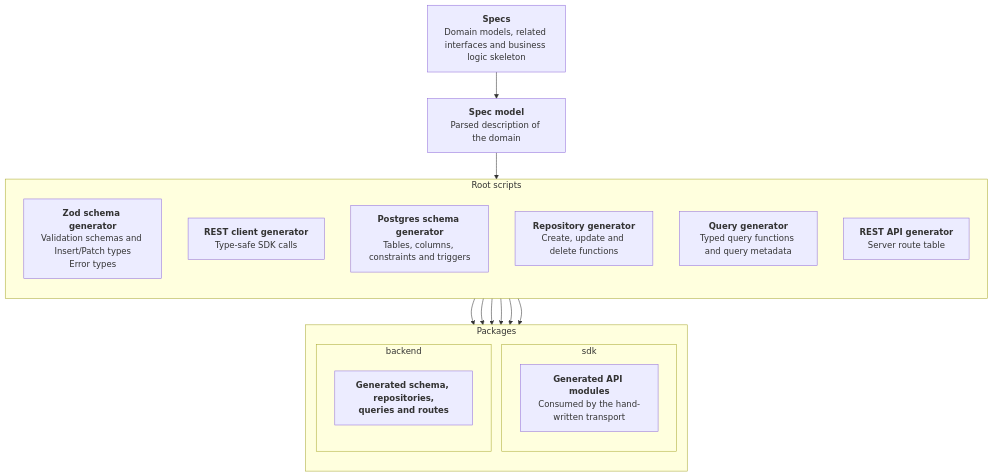
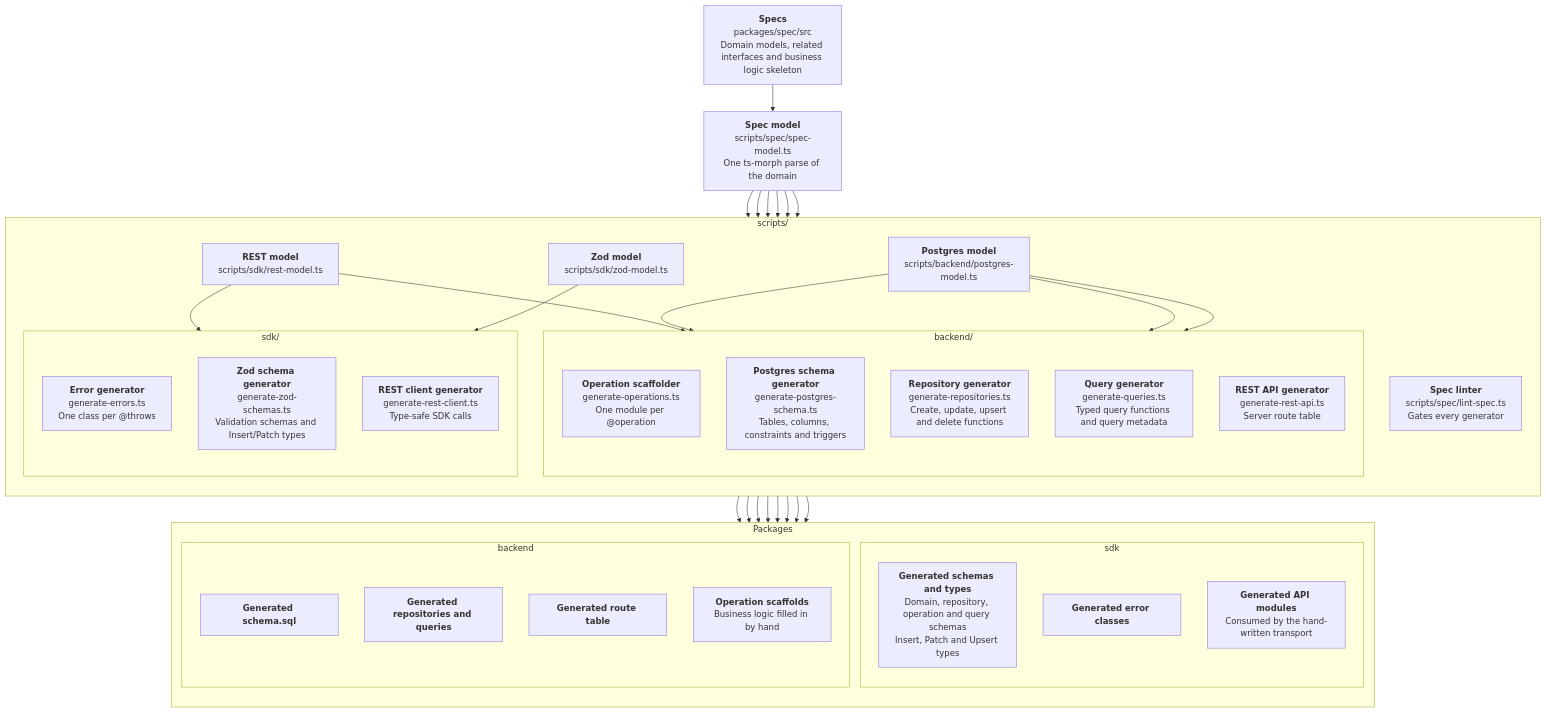
One commit to Ciantic/experiment-with-ts-spec changed the first of 2 diagrams in README.md. Above: the diagram before and after it, drawn with Mermaid.

Commit message:
Update code generation graph

````diff
--- a/README.md
+++ b/README.md
@@ -20,35 +20,68 @@
 ```mermaid
 flowchart TD
-    specs["<b>Specs</b><br/>Domain models, related interfaces and business logic skeleton"]
-    specModel["<b>Spec model</b><br/>Parsed description of the domain"]
+    specs["<b>Specs</b><br/>packages/spec/src<br/>Domain models, related interfaces and business logic skeleton"]
+    specModel["<b>Spec model</b><br/>scripts/spec/spec-model.ts<br/>One ts-morph parse of the domain"]
 
     specs --> specModel
 
-    subgraph scripts["Root scripts"]
+    subgraph scripts["scripts/"]
         direction TB
-        zod["<b>Zod schema generator</b><br/>Validation schemas and Insert/Patch types<br/>Error types"]
-        restClient["<b>REST client generator</b><br/>Type-safe SDK calls"]
-        pgSchema["<b>Postgres schema generator</b><br/>Tables, columns, constraints and triggers"]
-        repositories["<b>Repository generator</b><br/>Create, update and delete functions"]
-        queries["<b>Query generator</b><br/>Typed query functions and query metadata"]
-        restApi["<b>REST API generator</b><br/>Server route table"]
+        lint["<b>Spec linter</b><br/>scripts/spec/lint-spec.ts<br/>Gates every generator"]
+
+        pgModel["<b>Postgres model</b><br/>scripts/backend/postgres-model.ts"]
+        zodModel["<b>Zod model</b><br/>scripts/sdk/zod-model.ts"]
+        restModel["<b>REST model</b><br/>scripts/sdk/rest-model.ts"]
+
+        subgraph backendScripts["backend/"]
+            direction TB
+            operations["<b>Operation scaffolder</b><br/>generate-operations.ts<br/>One module per @operation"]
+            pgSchema["<b>Postgres schema generator</b><br/>generate-postgres-schema.ts<br/>Tables, columns, constraints and triggers"]
+            repositories["<b>Repository generator</b><br/>generate-repositories.ts<br/>Create, update, upsert and delete functions"]
+            queries["<b>Query generator</b><br/>generate-queries.ts<br/>Typed query functions and query metadata"]
+            restApi["<b>REST API generator</b><br/>generate-rest-api.ts<br/>Server route table"]
+        end
+
+        subgraph sdkScripts["sdk/"]
+            direction TB
+            errors["<b>Error generator</b><br/>generate-errors.ts<br/>One class per @throws"]
+            validation["<b>Zod schema generator</b><br/>generate-zod-schemas.ts<br/>Validation schemas and Insert/Patch types"]
+            restClient["<b>REST client generator</b><br/>generate-rest-client.ts<br/>Type-safe SDK calls"]
+        end
     end
 
     subgraph packages["Packages"]
         direction TB
         subgraph sdkPkg["sdk"]
+            sdkSchemas["<b>Generated schemas and types</b><br/>Domain, repository, operation and query schemas<br/>Insert, Patch and Upsert types"]
+            sdkErrors["<b>Generated error classes</b>"]
             sdkApi["<b>Generated API modules</b><br/>Consumed by the hand-written transport"]
         end
         subgraph backendPkg["backend"]
-            backendArtifacts["<b>Generated schema, repositories,<br/>queries and routes</b>"]
+            backendSchema["<b>Generated schema.sql</b>"]
+            backendData["<b>Generated repositories and queries</b>"]
+            backendRoutes["<b>Generated route table</b>"]
+            backendOperations["<b>Operation scaffolds</b><br/>Business logic filled in by hand"]
         end
     end
 
-    specModel --> scripts
-    zod --> sdkApi
+    specModel --> lint
+    specModel --> pgModel
+    specModel --> zodModel
+    specModel --> restModel
+    specModel --> operations
+    specModel --> errors
+    pgModel --> pgSchema
+    pgModel --> repositories
+    pgModel --> queries
+    zodModel --> validation
+    restModel --> restApi
+    restModel --> restClient
+    errors --> sdkErrors
+    validation --> sdkSchemas
     restClient --> sdkApi
-    pgSchema --> backendArtifacts
-    repositories --> backendArtifacts
-    queries --> backendArtifacts
-    restApi --> backendArtifacts
+    pgSchema --> backendSchema
+    repositories --> backendData
+    queries --> backendData
+    restApi --> backendRoutes
+    operations --> backendOperations
 ```
````
